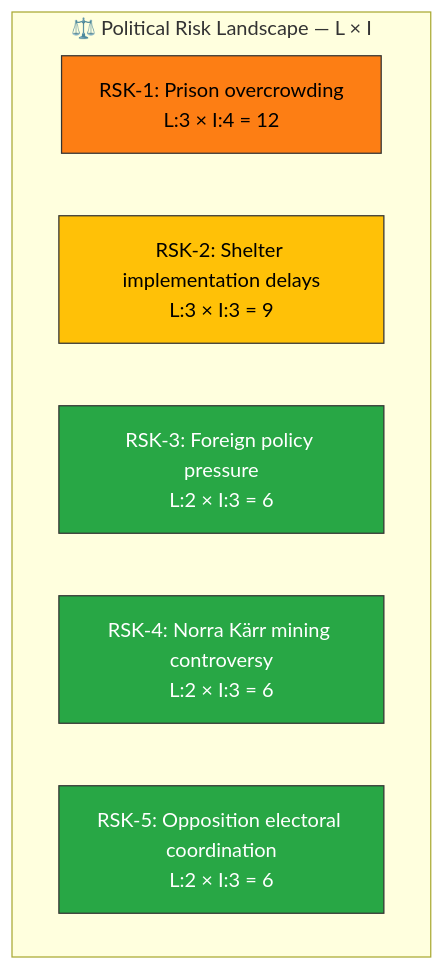
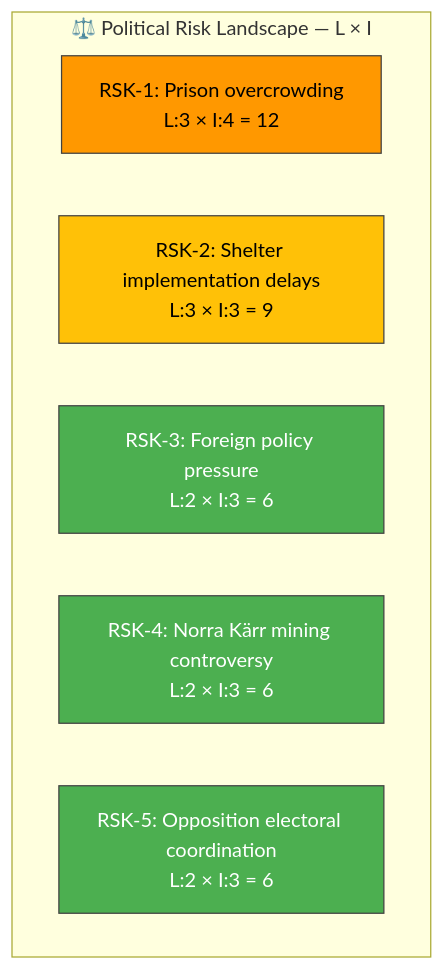
Before and after one commit to Hack23/riksdagsmonitor: the first of 2 diagrams in analysis/daily/2026-04-06/realtime-1420/risk-assessment.md, drawn with Mermaid. The commit also changed other lines of this file and 785 other files, not shown here.

First line of the commit message:
Normalize mermaid colors across 786 analysis artifacts to ISMS Style Guide palette

````diff
--- a/analysis/daily/2026-04-06/realtime-1420/risk-assessment.md
+++ b/analysis/daily/2026-04-06/realtime-1420/risk-assessment.md
@@ -26,16 +26,16 @@
 ```mermaid
 graph TD
     subgraph "⚖️ Political Risk Landscape — L × I"
         R1["RSK-1: Prison overcrowding<br/>L:3 × I:4 = 12"]
         R2["RSK-2: Shelter implementation delays<br/>L:3 × I:3 = 9"]
         R3["RSK-3: Foreign policy pressure<br/>L:2 × I:3 = 6"]
         R4["RSK-4: Norra Kärr mining controversy<br/>L:2 × I:3 = 6"]
         R5["RSK-5: Opposition electoral coordination<br/>L:2 × I:3 = 6"]
     end
 
-    style R1 fill:#fd7e14,stroke:#333,color:#000
-    style R2 fill:#ffc107,stroke:#333,color:#000
-    style R3 fill:#28a745,stroke:#333,color:#fff
-    style R4 fill:#28a745,stroke:#333,color:#fff
-    style R5 fill:#28a745,stroke:#333,color:#fff
+    style R1 fill:#FF9800,stroke:#424242,color:#000000
+    style R2 fill:#FFC107,stroke:#424242,color:#000000
+    style R3 fill:#4CAF50,stroke:#424242,color:#FFFFFF
+    style R4 fill:#4CAF50,stroke:#424242,color:#FFFFFF
+    style R5 fill:#4CAF50,stroke:#424242,color:#FFFFFF
 ```
````
